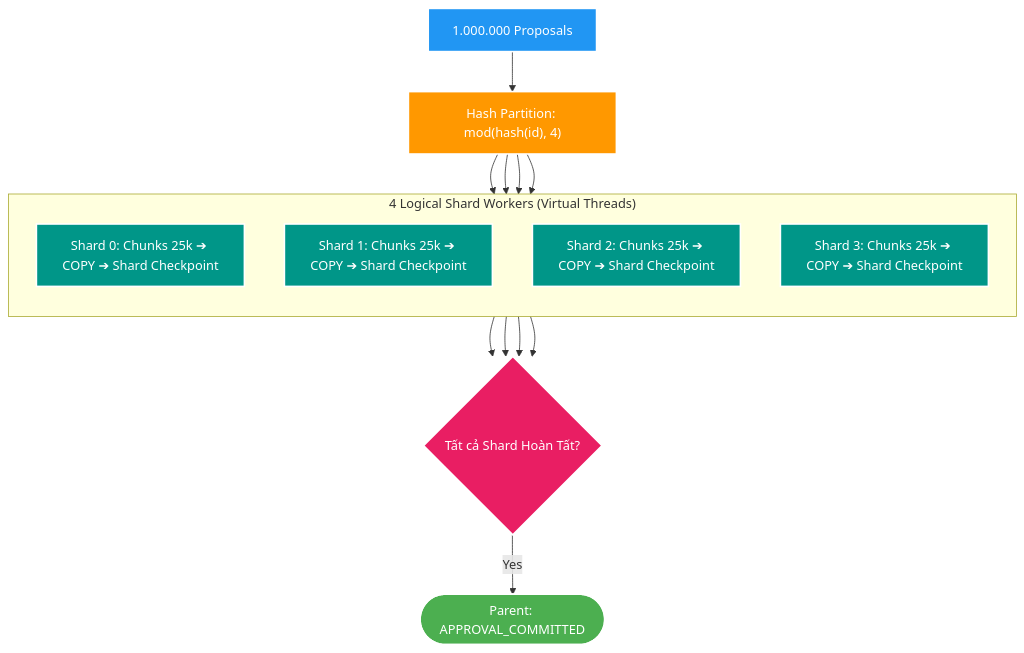
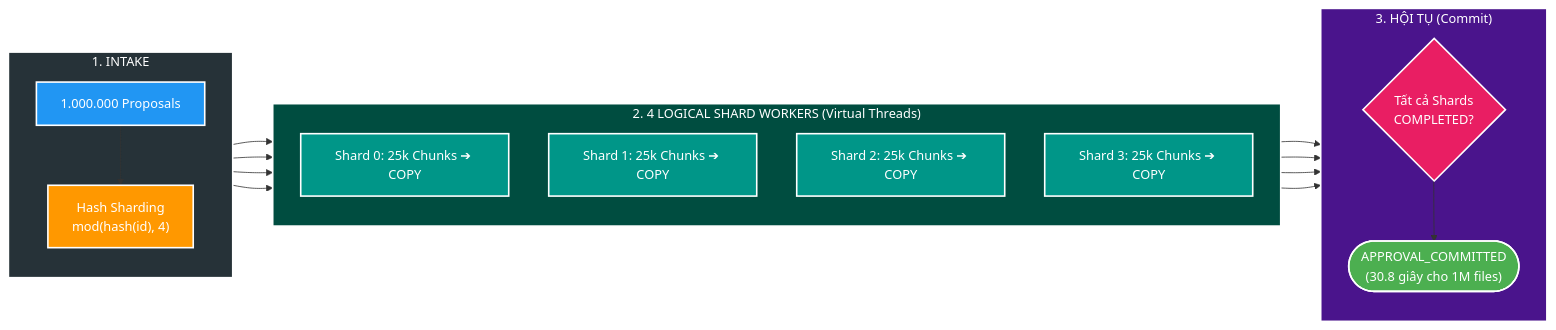
One commit to HungPhan200591/file-mngt-be-v2 changed the tenth of 10 diagrams in manual/learning/deep-dive/database-internals/00-postgresql-engine-mental-model-and-optimization-playbook.md. Above: the diagram before and after it, drawn with Mermaid. The commit also changed other lines of this file, not shown here.

Commit message:
feat(docs): enhance PostgreSQL engine optimization playbook with detailed diagrams and explanations

````diff
--- a/manual/learning/deep-dive/database-internals/00-postgresql-engine-mental-model-and-optimization-playbook.md
+++ b/manual/learning/deep-dive/database-internals/00-postgresql-engine-mental-model-and-optimization-playbook.md
@@ -342,25 +370,34 @@
 ```mermaid
-flowchart TB
-    REQ["1.000.000 Proposals"] --> SHARD_SPLIT["Hash Partition: mod(hash(id), 4)"]
-
-    subgraph SHARDS["4 Logical Shard Workers (Virtual Threads)"]
+flowchart LR
+    subgraph INTAKE["1. INTAKE"]
         direction TB
-        S0["Shard 0: Chunks 25k ➔ COPY ➔ Shard Checkpoint"]
-        S1["Shard 1: Chunks 25k ➔ COPY ➔ Shard Checkpoint"]
-        S2["Shard 2: Chunks 25k ➔ COPY ➔ Shard Checkpoint"]
-        S3["Shard 3: Chunks 25k ➔ COPY ➔ Shard Checkpoint"]
+        REQ["1.000.000 Proposals"] --> HASH["Hash Sharding<br/>mod(hash(id), 4)"]
     end
 
-    SHARD_SPLIT --> S0 & S1 & S2 & S3
-    S0 & S1 & S2 & S3 --> AGG{"Tất cả Shard Hoàn Tất?"}
-    AGG -->|"Yes"| COMMIT(["Parent: APPROVAL_COMMITTED"])
+    subgraph WORKERS["2. 4 LOGICAL SHARD WORKERS (Virtual Threads)"]
+        direction TB
+        S0["Shard 0: 25k Chunks ➔ COPY"]
+        S1["Shard 1: 25k Chunks ➔ COPY"]
+        S2["Shard 2: 25k Chunks ➔ COPY"]
+        S3["Shard 3: 25k Chunks ➔ COPY"]
+    end
 
+    subgraph CONVERGE["3. HỘI TỤ (Commit)"]
+        direction TB
+        AGG{"Tất cả Shards<br/>COMPLETED?"} --> COMMIT(["APPROVAL_COMMITTED<br/>(30.8 giây cho 1M files)"])
+    end
+
+    HASH --> S0 & S1 & S2 & S3
+    S0 & S1 & S2 & S3 --> AGG
+    style INTAKE fill:#263238,stroke:#fff,stroke-width:2px,color:#fff
     style REQ fill:#2196F3,stroke:#fff,stroke-width:2px,color:#fff
-    style SHARD_SPLIT fill:#FF9800,stroke:#fff,stroke-width:2px,color:#fff
+    style HASH fill:#FF9800,stroke:#fff,stroke-width:2px,color:#fff
+    style WORKERS fill:#004D40,stroke:#fff,stroke-width:2px,color:#fff
     style S0 fill:#009688,stroke:#fff,stroke-width:2px,color:#fff
     style S1 fill:#009688,stroke:#fff,stroke-width:2px,color:#fff
     style S2 fill:#009688,stroke:#fff,stroke-width:2px,color:#fff
     style S3 fill:#009688,stroke:#fff,stroke-width:2px,color:#fff
+    style CONVERGE fill:#4A148C,stroke:#fff,stroke-width:2px,color:#fff
     style AGG fill:#E91E63,stroke:#fff,stroke-width:2px,color:#fff
     style COMMIT fill:#4CAF50,stroke:#fff,stroke-width:2px,color:#fff
 ```
````
